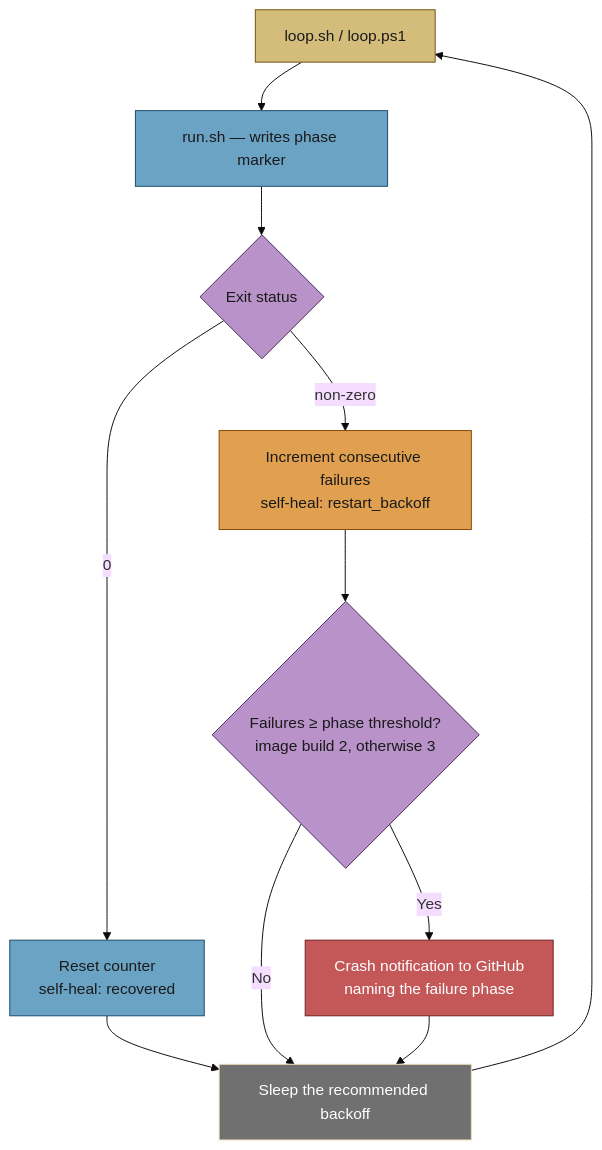
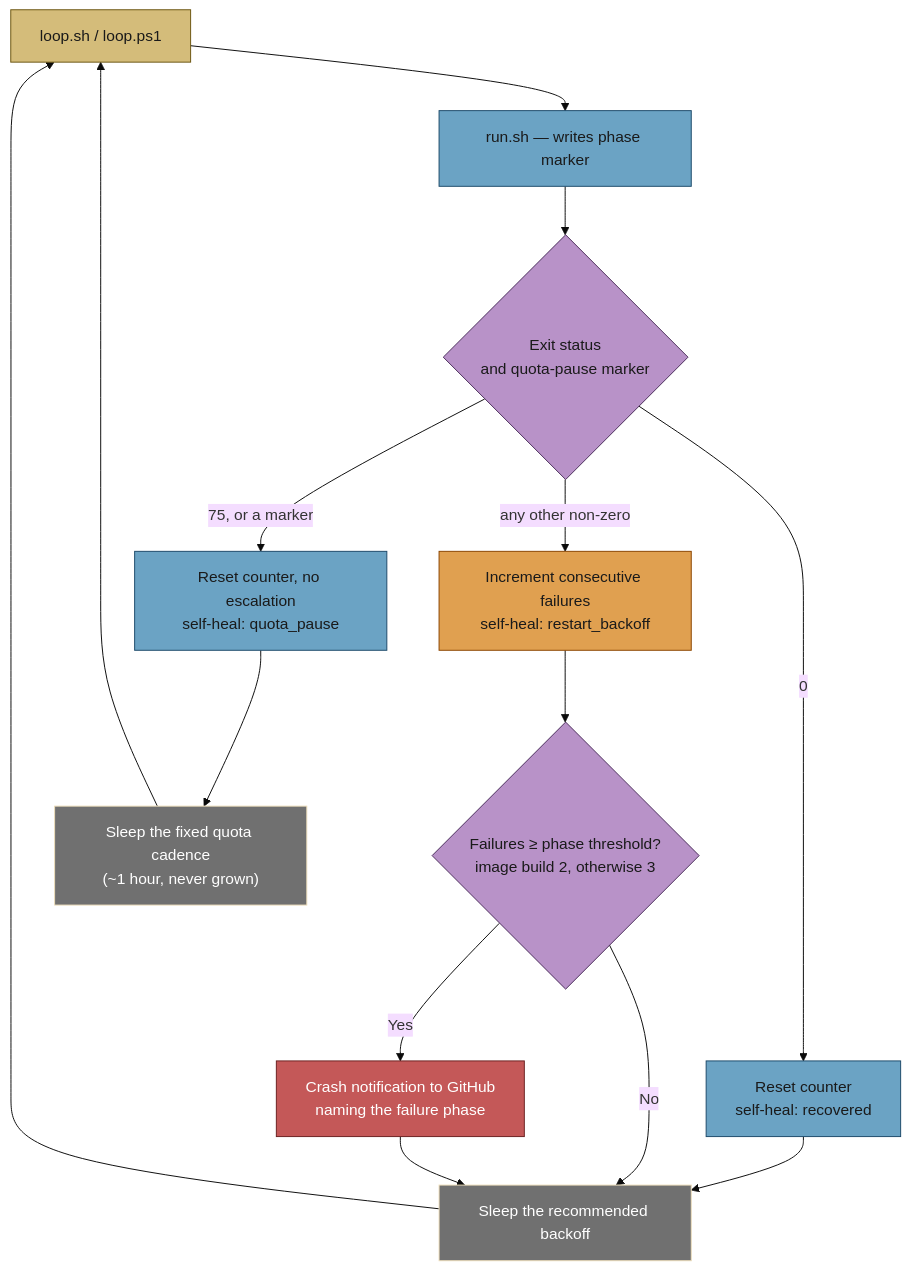
One commit to stSoftwareAU/VibeCoder changed the second of 6 diagrams in docs/workflows/resilience-and-concurrency.md. Above: the diagram before and after it, drawn with Mermaid (base theme). The commit also changed other lines of this file and 15 other files, not shown here.

````diff
--- a/docs/workflows/resilience-and-concurrency.md
+++ b/docs/workflows/resilience-and-concurrency.md
@@ -76,25 +79,31 @@
 ```mermaid
 flowchart TD
   Loop["loop.sh / loop.ps1"]
   Launch["run.sh — writes phase marker"]
-  Status{"Exit status"}
+  Status{"Exit status<br/>and quota-pause marker"}
   Reset["Reset counter<br/>self-heal: recovered"]
+  Quota["Reset counter, no escalation<br/>self-heal: quota_pause"]
   Count["Increment consecutive failures<br/>self-heal: restart_backoff"]
   Threshold{"Failures ≥ phase threshold?<br/>image build 2, otherwise 3"}
   Escalate["Crash notification to GitHub<br/>naming the failure phase"]
+  Cadence["Sleep the fixed quota cadence<br/>(~1 hour, never grown)"]
   Sleep["Sleep the recommended backoff"]
   Loop --> Launch --> Status
   Status -->|0| Reset --> Sleep
-  Status -->|non-zero| Count --> Threshold
+  Status -->|75, or a marker| Quota --> Cadence
+  Status -->|any other non-zero| Count --> Threshold
   Threshold -->|No| Sleep
   Threshold -->|Yes| Escalate --> Sleep
   Sleep --> Loop
+  Cadence --> Loop
   style Loop fill:#d4bc7a,stroke:#6b5510,color:#1a1a1a
   style Launch fill:#6ba3c4,stroke:#1d4a6a,color:#1a1a1a
   style Status fill:#b892c8,stroke:#4a2d5a,color:#1a1a1a
   style Threshold fill:#b892c8,stroke:#4a2d5a,color:#1a1a1a
   style Reset fill:#6ba3c4,stroke:#1d4a6a,color:#1a1a1a
+  style Quota fill:#6ba3c4,stroke:#1d4a6a,color:#1a1a1a
+  style Cadence fill:#707070,stroke:,color:#fff
   style Count fill:#e0a050,stroke:#8b4500,color:#1a1a1a
   style Escalate fill:#c45858,stroke:#6b2020,color:#fff
   style Sleep fill:#707070,stroke:,color:#fff
 ```
````
